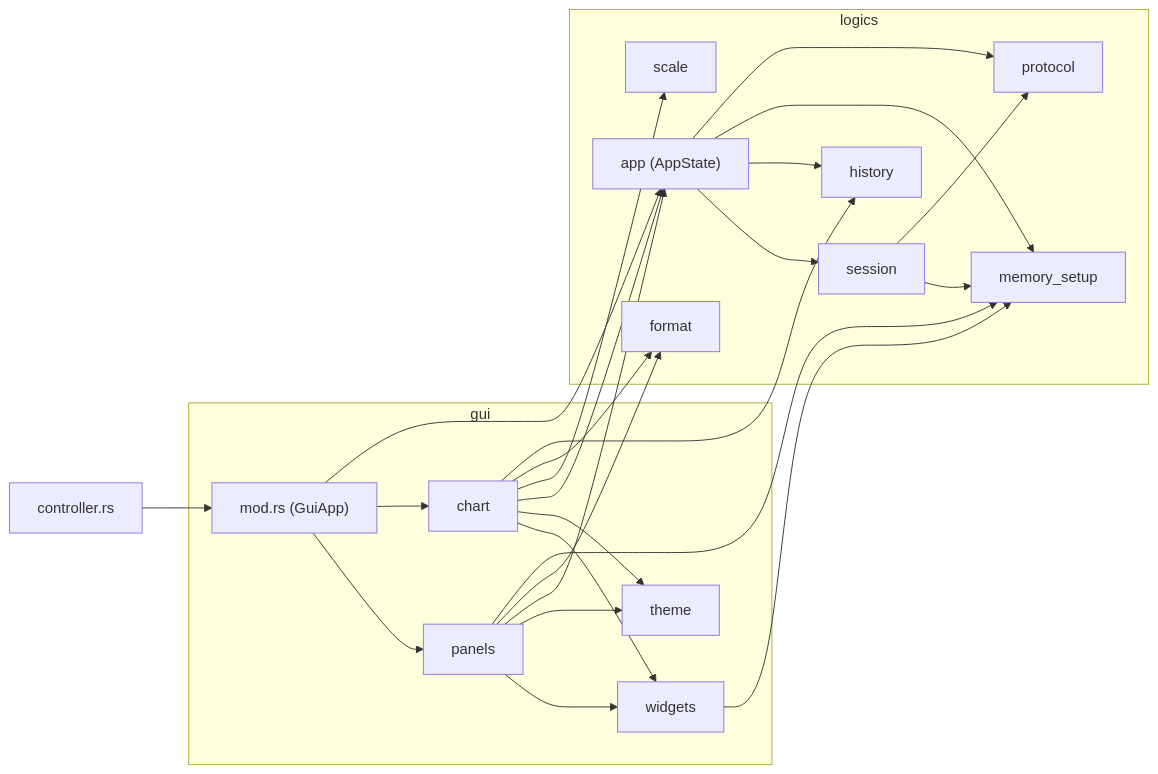
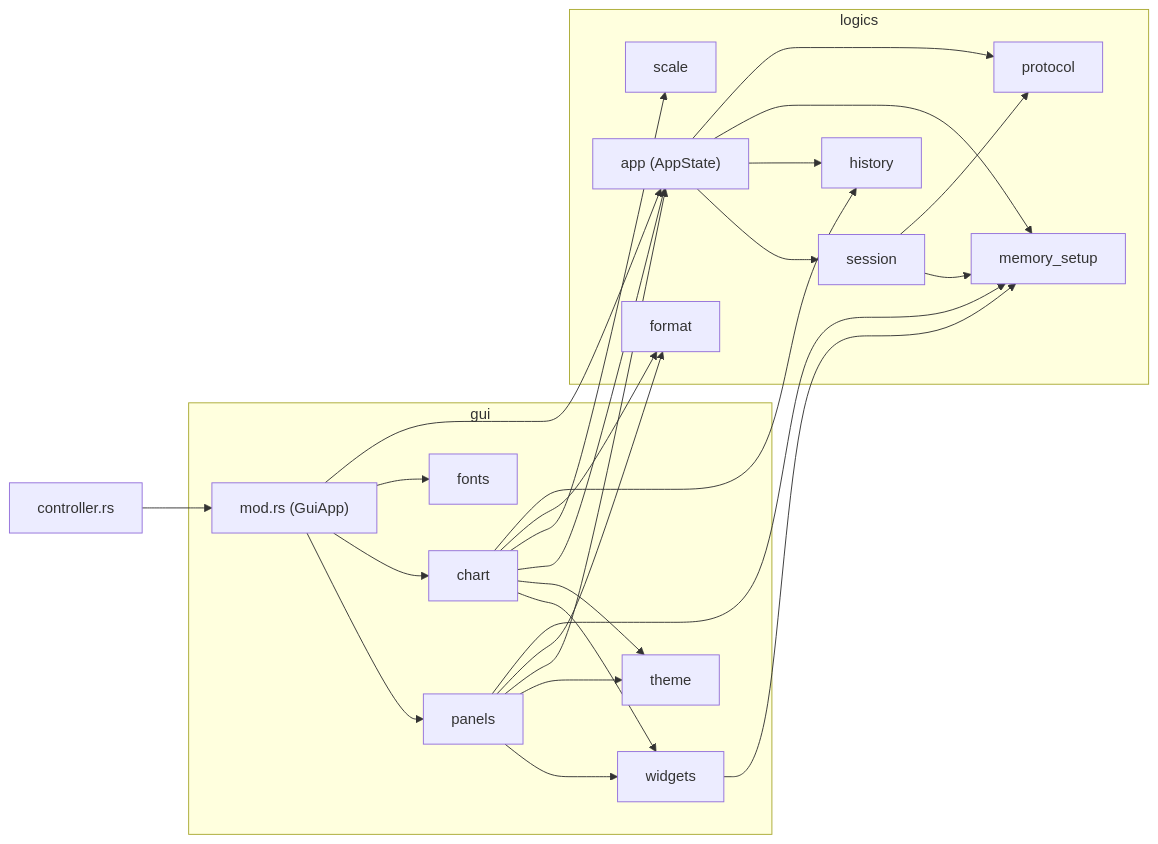
The first of 6 diagrams in docs/arquitetura.md (jgardona/dps150), drawn with Mermaid before and after one commit. The commit also changed other lines of this file and 22 other files, not shown here.

````diff
--- a/docs/arquitetura.md
+++ b/docs/arquitetura.md
@@ -62,42 +63,44 @@
 ```mermaid
 flowchart LR
   CTRL["controller.rs"]
   subgraph G["gui"]
     GMOD["mod.rs (GuiApp)"]
     PANELS["panels"]
     CHART["chart"]
     WIDGETS["widgets"]
+    FONTS["fonts"]
     THEME["theme"]
   end
   subgraph L["logics"]
     APP["app (AppState)"]
     SESSION["session"]
     HISTORY["history"]
     MSETUP["memory_setup"]
     PROTOCOL["protocol"]
     SCALE["scale"]
     FORMAT["format"]
   end
   CTRL --> GMOD
   GMOD --> PANELS
   GMOD --> CHART
+  GMOD --> FONTS
   PANELS --> WIDGETS
   CHART --> WIDGETS
   PANELS --> THEME
   CHART --> THEME
   GMOD --> APP
   PANELS --> APP
   PANELS --> FORMAT
   CHART --> APP
   CHART --> SCALE
   CHART --> FORMAT
   CHART --> HISTORY
   APP --> SESSION
   APP --> HISTORY
   APP --> MSETUP
   PANELS --> MSETUP
   WIDGETS --> MSETUP
   SESSION --> MSETUP
   APP --> PROTOCOL
   SESSION --> PROTOCOL
 ```
````
